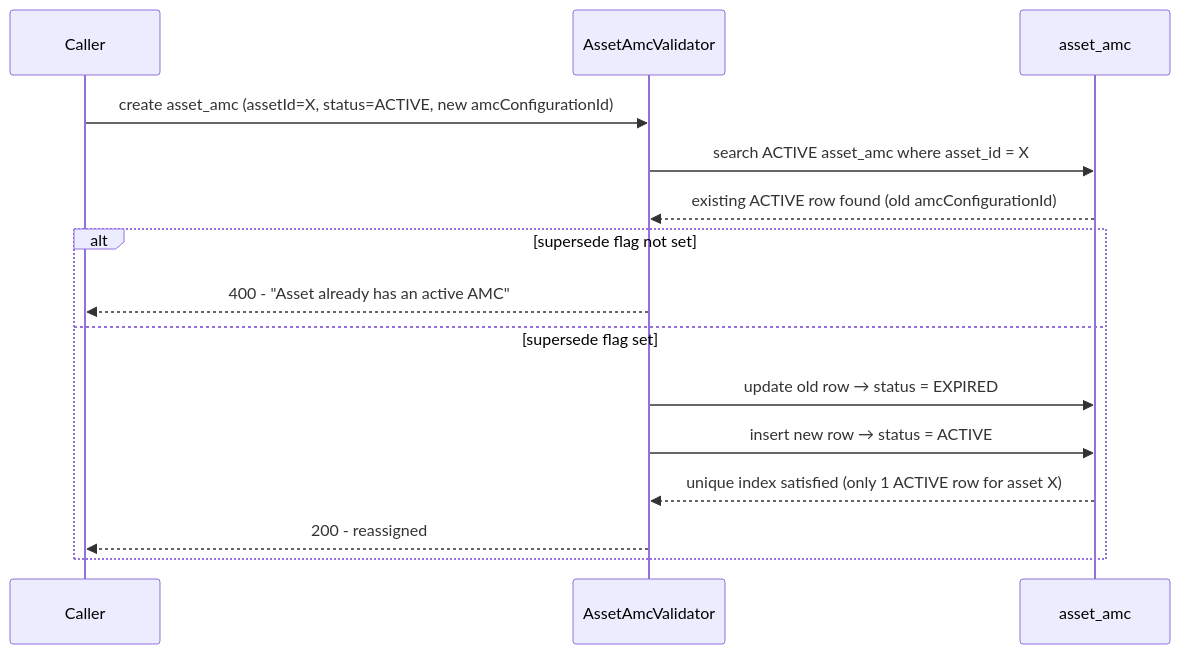
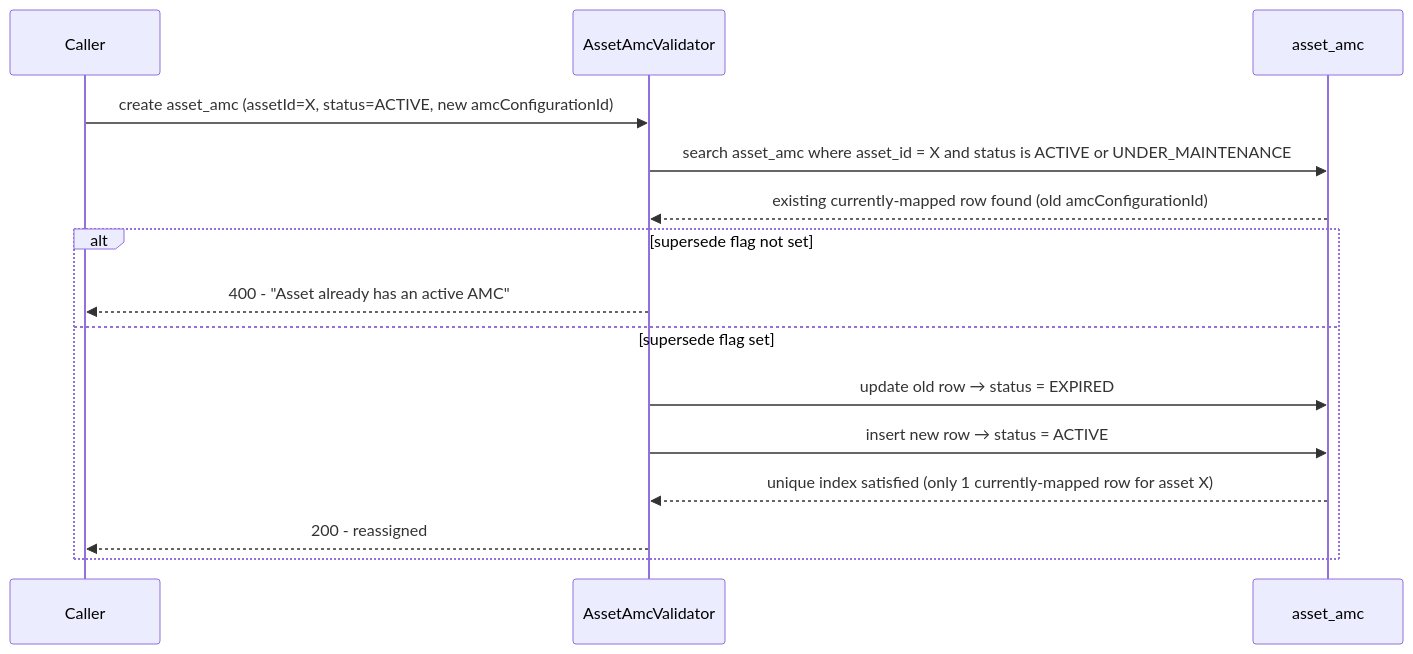
The fifth of 7 diagrams in Z_Docs/Z_AMC_update/LLD_Multiple_AMC_Per_Facility.md (Selco-Foundation/E4H_Digital_Platform), drawn with Mermaid before and after one commit. The commit also changed other lines of this file and 5 other files, not shown here.

````diff
--- a/Z_Docs/Z_AMC_update/LLD_Multiple_AMC_Per_Facility.md
+++ b/Z_Docs/Z_AMC_update/LLD_Multiple_AMC_Per_Facility.md
@@ -260,18 +346,18 @@
 ```mermaid
 sequenceDiagram
     participant Caller
     participant Validator as AssetAmcValidator
     participant DB as asset_amc
 
     Caller->>Validator: create asset_amc (assetId=X, status=ACTIVE, new amcConfigurationId)
-    Validator->>DB: search ACTIVE asset_amc where asset_id = X
-    DB-->>Validator: existing ACTIVE row found (old amcConfigurationId)
+    Validator->>DB: search asset_amc where asset_id = X and status is ACTIVE or UNDER_MAINTENANCE
+    DB-->>Validator: existing currently-mapped row found (old amcConfigurationId)
     alt supersede flag not set
         Validator-->>Caller: 400 - "Asset already has an active AMC"
     else supersede flag set
         Validator->>DB: update old row → status = EXPIRED
         Validator->>DB: insert new row → status = ACTIVE
-        DB-->>Validator: unique index satisfied (only 1 ACTIVE row for asset X)
+        DB-->>Validator: unique index satisfied (only 1 currently-mapped row for asset X)
         Validator-->>Caller: 200 - reassigned
     end
 ```
````
